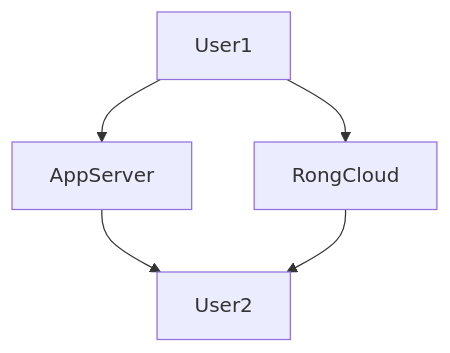
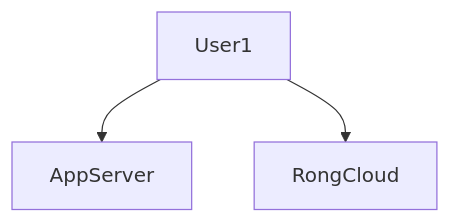
Before and after one commit to shuise/tech-research: the second of 4 diagrams in md-page/flow.md, drawn with Mermaid. The commit also changed other lines of this file and 18 other files, not shown here.

````diff
--- a/md-page/flow.md
+++ b/md-page/flow.md
@@ -11,7 +40,5 @@
 ```mermaid
 graph TD;
     User1 --> AppServer;
 		User1 --> RongCloud;
-    AppServer --> User2;
-    RongCloud --> User2;
 ```
````
